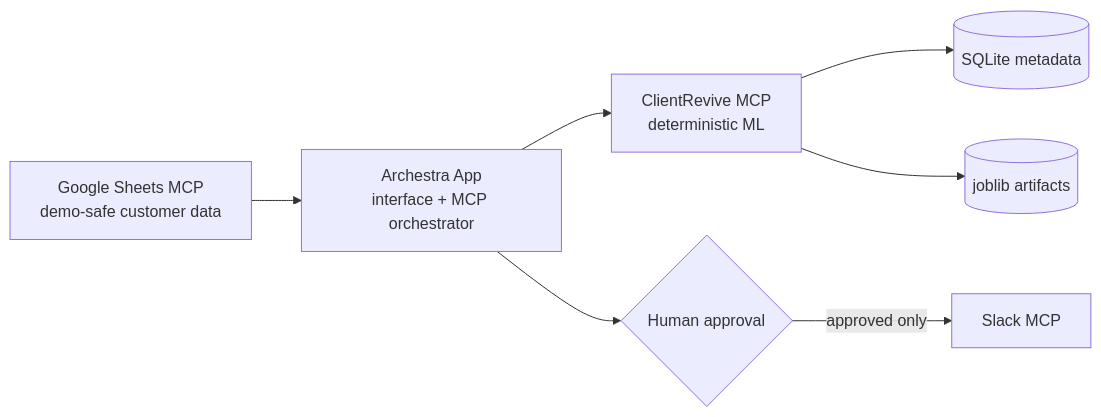
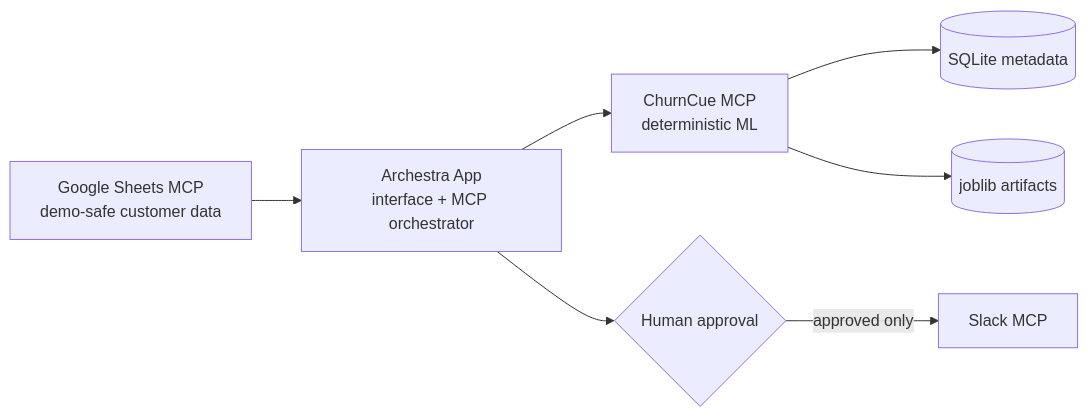
The diagram in README.md (Bhaktabahadurthapa/ChurnCue), drawn with Mermaid before and after one commit. The commit also changed other lines of this file and 27 other files, not shown here.

Commit message:
Rename project to ChurnCue

````diff
--- a/README.md
+++ b/README.md
@@ -22,9 +22,9 @@
 ```mermaid
 flowchart LR
   Sheets[Google Sheets MCP\ndemo-safe customer data] --> Archestra[Archestra App\ninterface + MCP orchestrator]
-  Archestra --> CRM[ClientRevive MCP\ndeterministic ML]
+  Archestra --> CRM[ChurnCue MCP\ndeterministic ML]
   CRM --> DB[(SQLite metadata)]
   CRM --> Models[(joblib artifacts)]
   Archestra --> Approval{Human approval}
   Approval -->|approved only| Slack[Slack MCP]
 ```
````
